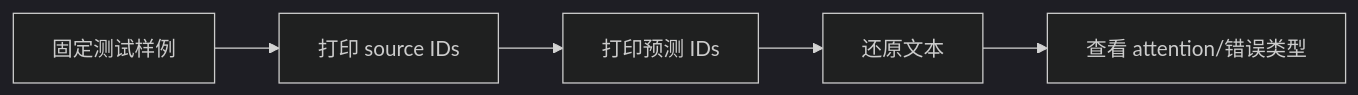
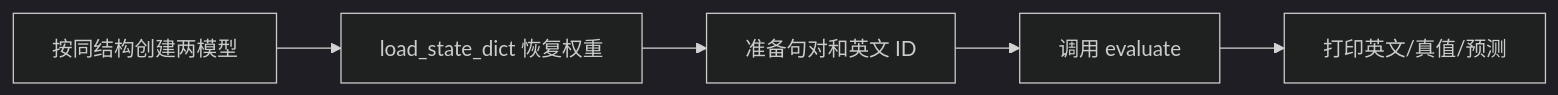
The first of 2 diagrams in notes/seq2seq-translation/25-prediction-test.md (luyunix/nlp_study), drawn with Mermaid (dark theme) before and after one commit. The commit also changed other lines of this file and 66 other files, not shown here.

````diff
--- a/notes/seq2seq-translation/25-prediction-test.md
+++ b/notes/seq2seq-translation/25-prediction-test.md
@@ -17,12 +17,12 @@
 ```mermaid
 flowchart LR
-    N0["固定测试样例"]
-    N1["打印 source IDs"]
-    N2["打印预测 IDs"]
-    N3["还原文本"]
-    N4["查看 attention/错误类型"]
+    N0["按同结构创建两模型"]
+    N1["load_state_dict 恢复权重"]
+    N2["准备句对和英文 ID"]
+    N3["调用 evaluate"]
+    N4["打印英文/真值/预测"]
     N0 --> N1
     N1 --> N2
     N2 --> N3
     N3 --> N4
 ```
````
